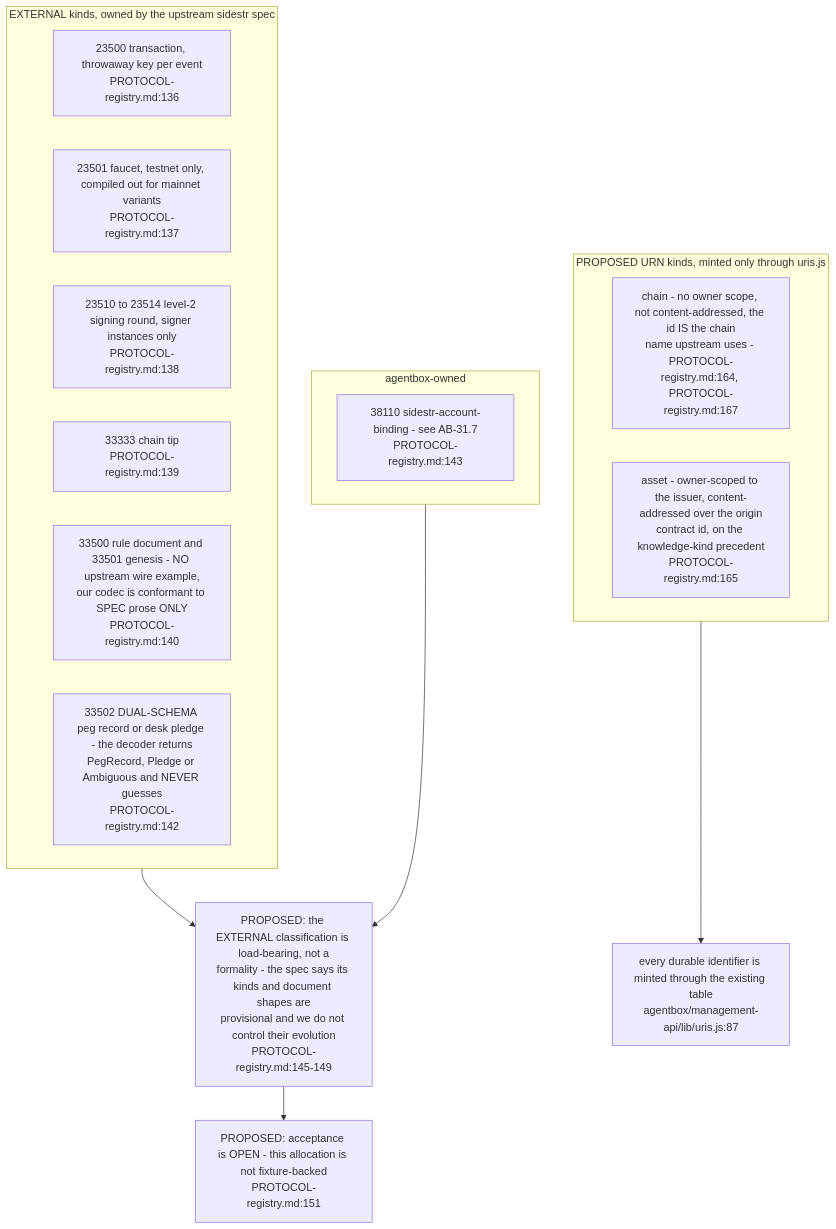
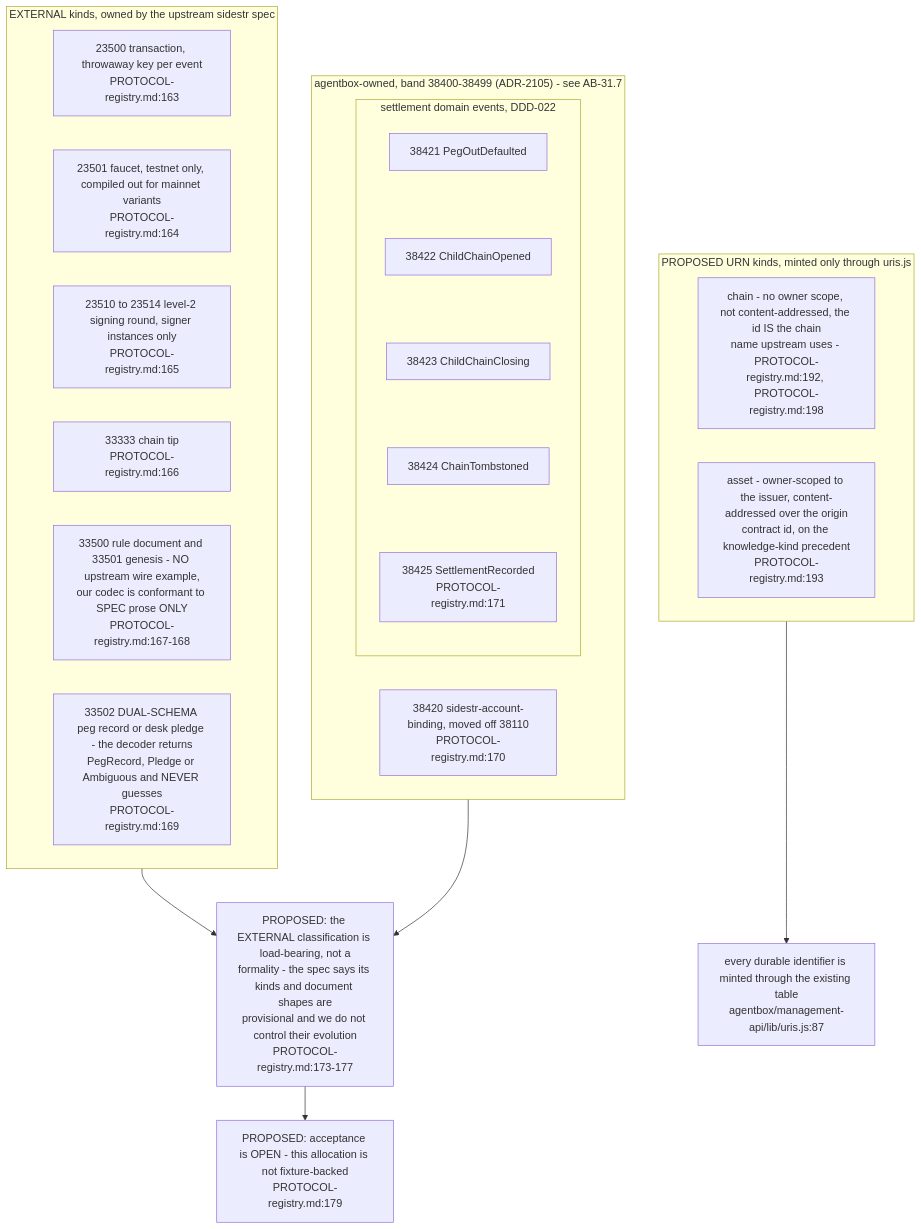
Before and after one commit to DreamLab-AI/VisionFlow: the sixth of 7 diagrams in docs/diagrams/agentbox/31-sovereign-settlement.md, drawn with Mermaid. The commit also changed other lines of this file and 136 other files, not shown here.

First line of the commit message:
docs(diagrams): refresh the whole corpus to code HEAD and prune low-value diagrams

````diff
--- a/docs/diagrams/agentbox/31-sovereign-settlement.md
+++ b/docs/diagrams/agentbox/31-sovereign-settlement.md
@@ -263,22 +210,31 @@
 ```mermaid
 flowchart TB
     subgraph ext["EXTERNAL kinds, owned by the upstream sidestr spec"]
-        K1["23500 transaction, throwaway key per event<br/>PROTOCOL-registry.md:136"]
-        K2["23501 faucet, testnet only, compiled out for mainnet variants<br/>PROTOCOL-registry.md:137"]
-        K3["23510 to 23514 level-2 signing round, signer instances only<br/>PROTOCOL-registry.md:138"]
-        K4["33333 chain tip<br/>PROTOCOL-registry.md:139"]
-        K5["33500 rule document and 33501 genesis - NO upstream wire example,<br/>our codec is conformant to SPEC prose ONLY<br/>PROTOCOL-registry.md:140"]
-        K6["33502 DUAL-SCHEMA peg record or desk pledge - the decoder returns<br/>PegRecord, Pledge or Ambiguous and NEVER guesses<br/>PROTOCOL-registry.md:142"]
+        K1["23500 transaction, throwaway key per event<br/>PROTOCOL-registry.md:163"]
+        K2["23501 faucet, testnet only, compiled out for mainnet variants<br/>PROTOCOL-registry.md:164"]
+        K3["23510 to 23514 level-2 signing round, signer instances only<br/>PROTOCOL-registry.md:165"]
+        K4["33333 chain tip<br/>PROTOCOL-registry.md:166"]
+        K5["33500 rule document and 33501 genesis - NO upstream wire example,<br/>our codec is conformant to SPEC prose ONLY<br/>PROTOCOL-registry.md:167-168"]
+        K6["33502 DUAL-SCHEMA peg record or desk pledge - the decoder returns<br/>PegRecord, Pledge or Ambiguous and NEVER guesses<br/>PROTOCOL-registry.md:169"]
     end
-    subgraph ours["agentbox-owned"]
-        K7["38110 sidestr-account-binding - see AB-31.7<br/>PROTOCOL-registry.md:143"]
+    subgraph ours["agentbox-owned, band 38400-38499 (ADR-2105) - see AB-31.7"]
+        K7["38420 sidestr-account-binding, moved off 38110<br/>PROTOCOL-registry.md:170"]
+        subgraph domevents["settlement domain events, DDD-022"]
+            direction TB
+            K8["38421 PegOutDefaulted"]
+            K9["38422 ChildChainOpened"]
+            K10["38423 ChildChainClosing"]
+            K11["38424 ChainTombstoned"]
+            K12["38425 SettlementRecorded<br/>PROTOCOL-registry.md:171"]
+            K8 ~~~ K9 ~~~ K10 ~~~ K11 ~~~ K12
+        end
     end
     subgraph urns["PROPOSED URN kinds, minted only through uris.js"]
-        U1["chain - no owner scope, not content-addressed, the id IS the chain<br/>name upstream uses - PROTOCOL-registry.md:164, PROTOCOL-registry.md:167"]
-        U2["asset - owner-scoped to the issuer, content-addressed over the origin<br/>contract id, on the knowledge-kind precedent<br/>PROTOCOL-registry.md:165"]
+        U1["chain - no owner scope, not content-addressed, the id IS the chain<br/>name upstream uses - PROTOCOL-registry.md:192, PROTOCOL-registry.md:198"]
+        U2["asset - owner-scoped to the issuer, content-addressed over the origin<br/>contract id, on the knowledge-kind precedent<br/>PROTOCOL-registry.md:193"]
     end
-    ext --> WARN["PROPOSED: the EXTERNAL classification is load-bearing, not a<br/>formality - the spec says its kinds and document shapes are<br/>provisional and we do not control their evolution<br/>PROTOCOL-registry.md:145-149"]
+    ext --> WARN["PROPOSED: the EXTERNAL classification is load-bearing, not a<br/>formality - the spec says its kinds and document shapes are<br/>provisional and we do not control their evolution<br/>PROTOCOL-registry.md:173-177"]
     ours --> WARN
     urns --> MINT["every durable identifier is minted through the existing table<br/>agentbox/management-api/lib/uris.js:87"]
-    WARN --> ACC["PROPOSED: acceptance is OPEN - this allocation is not fixture-backed<br/>PROTOCOL-registry.md:151"]
+    WARN --> ACC["PROPOSED: acceptance is OPEN - this allocation is not fixture-backed<br/>PROTOCOL-registry.md:179"]
 ```
````
